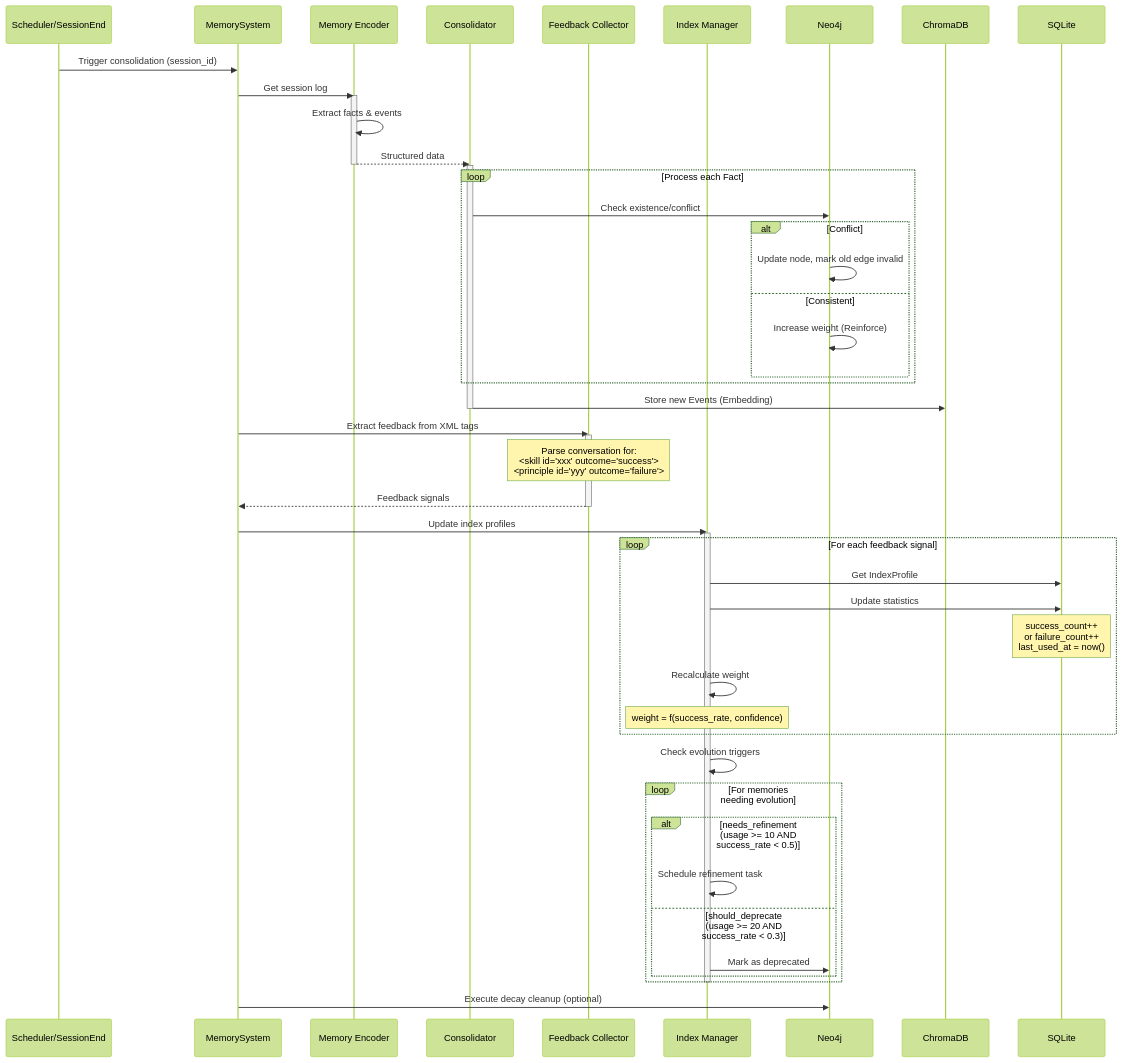
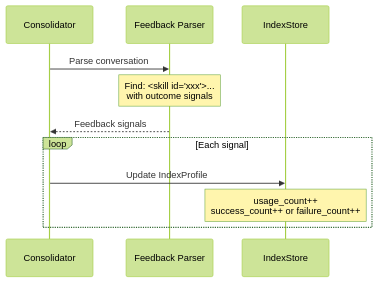
Before and after one commit to Lincyaw/h-mem: the sixth of 9 diagrams in docs/workflows.md, drawn with Mermaid (forest theme). The commit also changed other lines of this file and 3 other files, not shown here.

````diff
--- a/docs/workflows.md
+++ b/docs/workflows.md
@@ -81,64 +215,15 @@
 ```mermaid
 sequenceDiagram
-    participant Trigger as Scheduler/SessionEnd
-    participant MS as MemorySystem
-    participant ENC as Memory Encoder
     participant CON as Consolidator
-    participant FB as Feedback Collector
-    participant IDX as Index Manager
-    participant GDB as Neo4j
-    participant VDB as ChromaDB
-    participant SQL as SQLite
+    participant FB as Feedback Parser
+    participant IDX as IndexStore
 
-    Trigger->>MS: Trigger consolidation (session_id)
+    CON->>FB: Parse conversation
+    Note over FB: Find: <skill id="xxx">...<br/>with outcome signals
+    FB-->>CON: Feedback signals
 
-    MS->>ENC: Get session log
-    activate ENC
-    ENC->>ENC: Extract facts & events
-    ENC-->>CON: Structured data
-    deactivate ENC
-
-    activate CON
-    loop Process each Fact
-        CON->>GDB: Check existence/conflict
-        alt Conflict
-            GDB->>GDB: Update node, mark old edge invalid
-        else Consistent
-            GDB->>GDB: Increase weight (Reinforce)
-        end
+    loop Each signal
+        CON->>IDX: Update IndexProfile
+        Note over IDX: usage_count++<br/>success_count++ or failure_count++
     end
-
-    CON->>VDB: Store new Events (Embedding)
-    deactivate CON
-
-    MS->>FB: Extract feedback from XML tags
-    activate FB
-    Note over FB: Parse conversation for:<br/><skill id="xxx" outcome="success"><br/><principle id="yyy" outcome="failure">
-    FB-->>MS: Feedback signals
-    deactivate FB
-
-    MS->>IDX: Update index profiles
-    activate IDX
-
-    loop For each feedback signal
-        IDX->>SQL: Get IndexProfile
-        IDX->>SQL: Update statistics
-        Note over SQL: success_count++<br/>or failure_count++<br/>last_used_at = now()
-
-        IDX->>IDX: Recalculate weight
-        Note over IDX: weight = f(success_rate, confidence)
-    end
-
-    IDX->>IDX: Check evolution triggers
-    loop For memories needing evolution
-        alt needs_refinement (usage >= 10 AND success_rate < 0.5)
-            IDX->>IDX: Schedule refinement task
-        else should_deprecate (usage >= 20 AND success_rate < 0.3)
-            IDX->>GDB: Mark as deprecated
-        end
-    end
-
-    deactivate IDX
-
-    MS->>GDB: Execute decay cleanup (optional)
 ```
````
